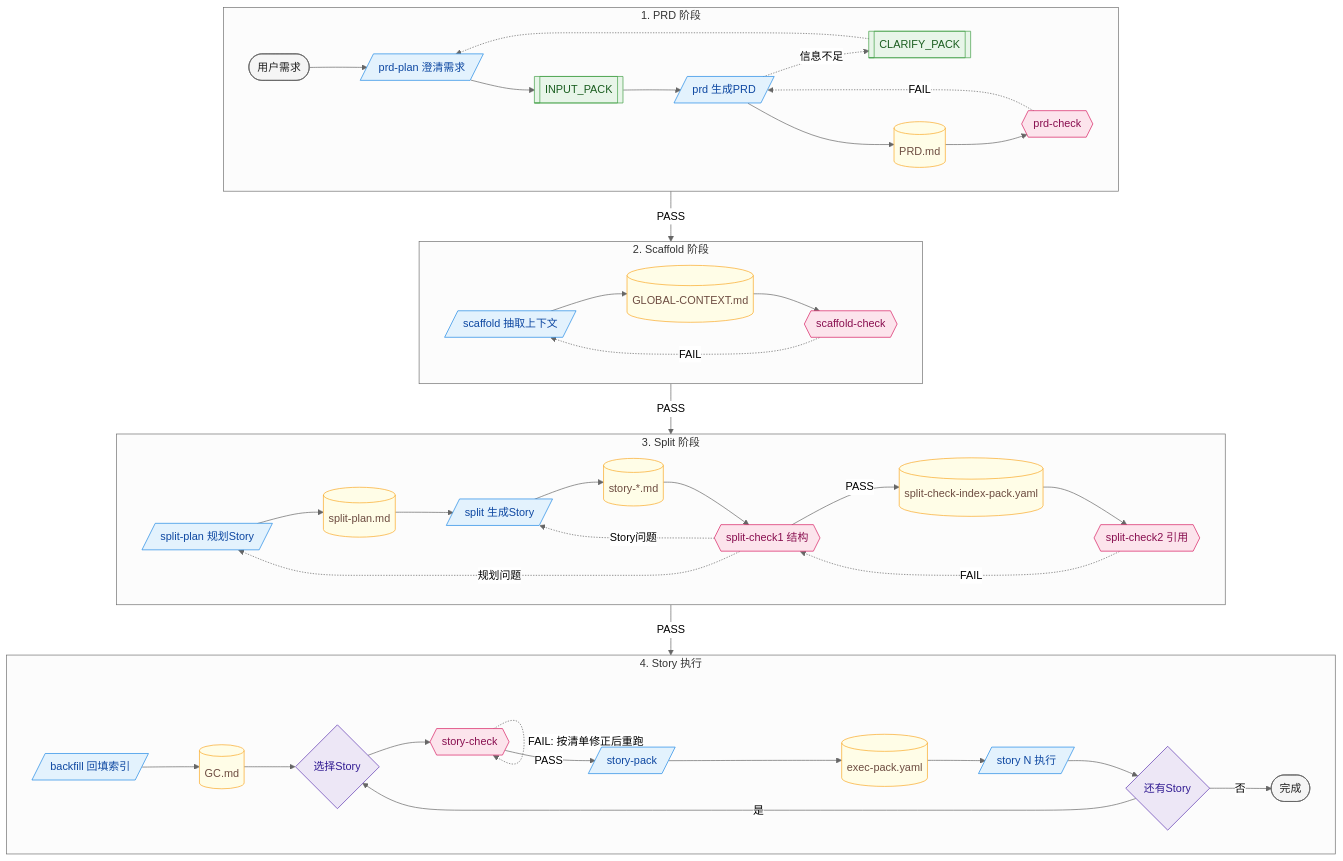
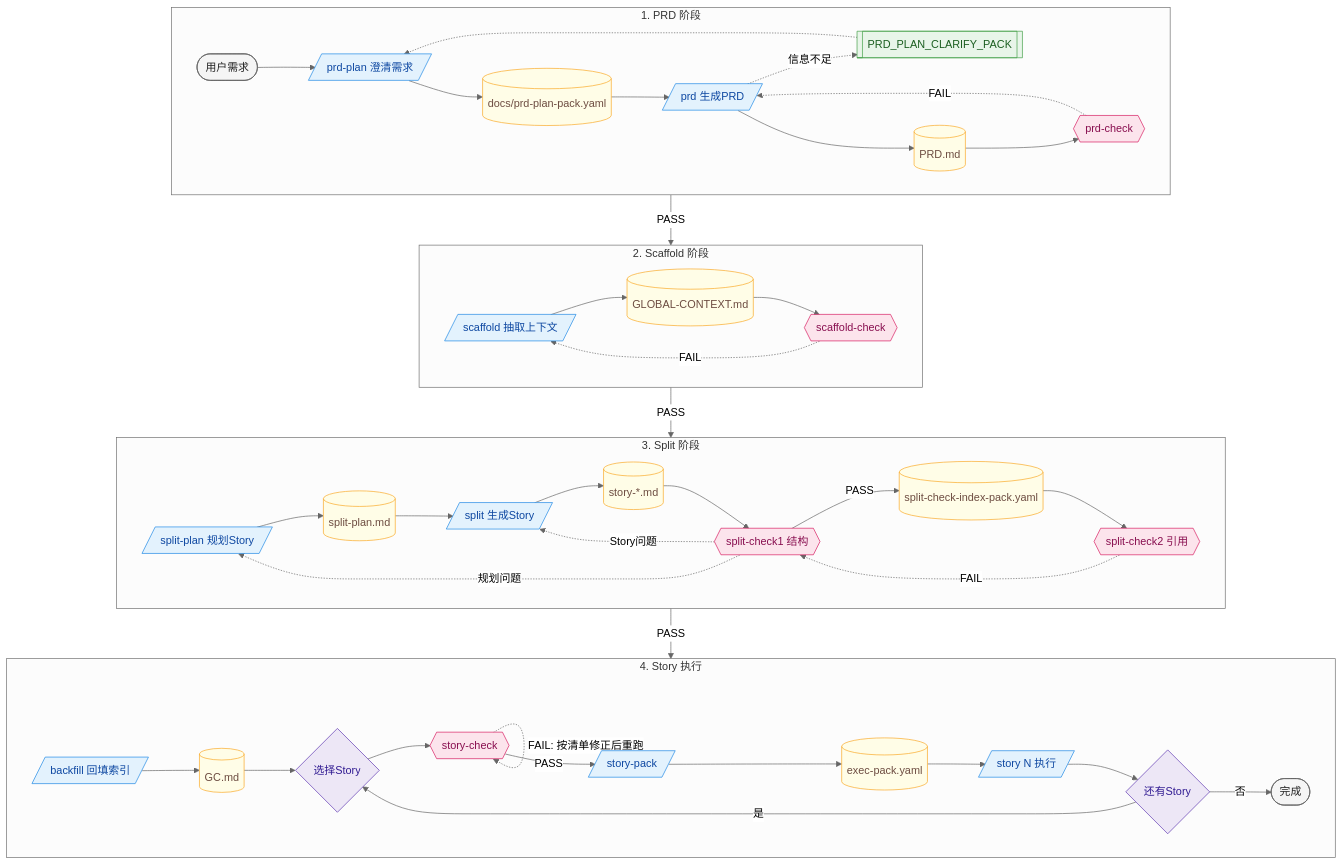
Before and after one commit to snakeying/Textum: the diagram in Workflow.md, drawn with Mermaid (neutral theme). The commit also changed other lines of this file and 18 other files, not shown here.

````diff
--- a/Workflow.md
+++ b/Workflow.md
@@ -7,77 +7,77 @@
 ```mermaid
 flowchart TB
     %% 图例：蓝=命令 | 粉=校验 | 黄=文件 | 绿=交接包
 
     classDef cmd fill:#E3F2FD,stroke:#1E88E5,color:#0D47A1
     classDef chk fill:#FCE4EC,stroke:#D81B60,color:#880E4F
     classDef file fill:#FFFDE7,stroke:#F9A825,color:#6D4C41
     classDef pack fill:#E8F5E9,stroke:#43A047,color:#1B5E20
     classDef dec fill:#EDE7F6,stroke:#5E35B1,color:#311B92
     classDef note fill:#F5F5F5,stroke:#616161,color:#212121
 
     subgraph B1["1. PRD 阶段"]
         direction LR
         U([用户需求]):::note
         P1[/prd-plan 澄清需求/]:::cmd
-        PK1[[INPUT_PACK]]:::pack
+        F0[(docs/prd-plan-pack.yaml)]:::file
         P2[/prd 生成PRD/]:::cmd
-        PK2[[CLARIFY_PACK]]:::pack
+        PK2[[PRD_PLAN_CLARIFY_PACK]]:::pack
         F1[(PRD.md)]:::file
         C1{{prd-check}}:::chk
 
-        U --> P1 --> PK1 --> P2
+        U --> P1 --> F0 --> P2
         P2 -.->|信息不足| PK2 -.-> P1
         P2 --> F1 --> C1
         C1 -.->|FAIL| P2
     end
 
     subgraph B2["2. Scaffold 阶段"]
         direction LR
         S1[/scaffold 抽取上下文/]:::cmd
         F2[(GLOBAL-CONTEXT.md)]:::file
         C2{{scaffold-check}}:::chk
 
         S1 --> F2 --> C2
         C2 -.->|FAIL| S1
     end
 
     subgraph B3["3. Split 阶段"]
         direction LR
         SP[/split-plan 规划Story/]:::cmd
         FP[(split-plan.md)]:::file
         SS[/split 生成Story/]:::cmd
         FS[(story-*.md)]:::file
         C3{{split-check1 结构}}:::chk
         IX[(split-check-index-pack.yaml)]:::file
         C4{{split-check2 引用}}:::chk
 
         SP --> FP --> SS --> FS --> C3
         C3 -.->|规划问题| SP
         C3 -.->|Story问题| SS
         C3 -->|PASS| IX --> C4
         C4 -.->|FAIL| C3
     end
 
     subgraph B4["4. Story 执行"]
         direction LR
         BF[/backfill 回填索引/]:::cmd
         F3[(GC.md)]:::file
         PK{选择Story}:::dec
         C5{{story-check}}:::chk
         PKG[/story-pack/]:::cmd
         FE[(exec-pack.yaml)]:::file
         EX[/story N 执行/]:::cmd
         MR{还有Story}:::dec
         DN([完成]):::note
 
         BF --> F3 --> PK --> C5
         C5 -.->|FAIL: 按清单修正后重跑| C5
         C5 -->|PASS| PKG --> FE --> EX --> MR
         MR -->|是| PK
         MR -->|否| DN
     end
 
     C1 -->|PASS| S1
     C2 -->|PASS| SP
     C4 -->|PASS| BF
 ```
````
